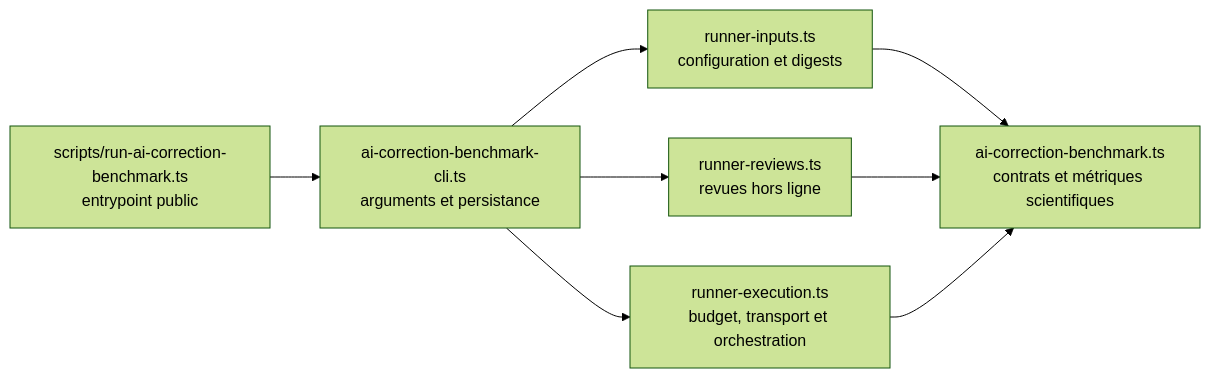
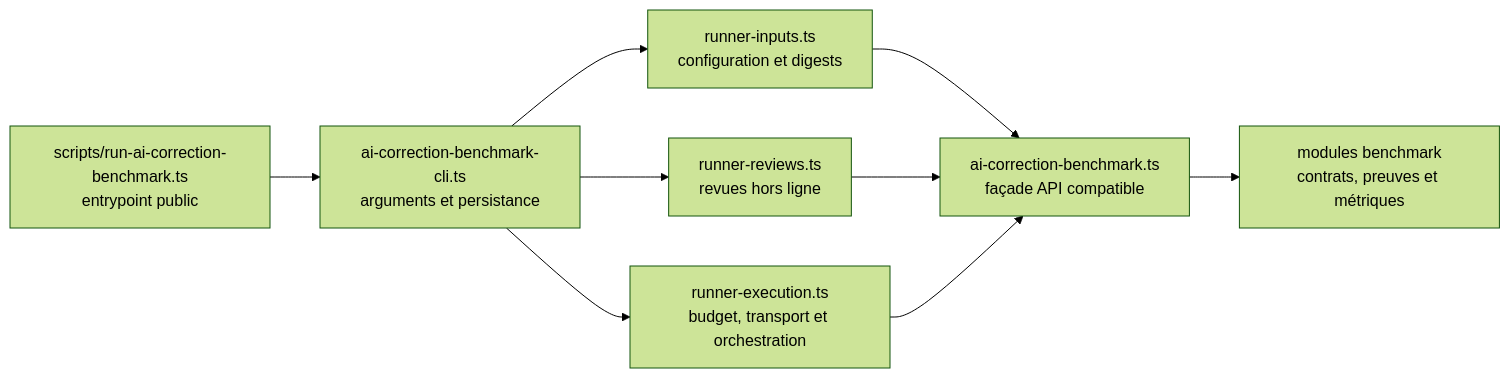
Before and after one commit to Guts6667/learnx: the diagram in docs/V4_1_404_BENCHMARK_RUNNER_SPLIT.md, drawn with Mermaid (forest theme). The commit also changed other lines of this file, not shown here.

Commit message:
docs(ai): close benchmark runner split evidence

````diff
--- a/docs/V4_1_404_BENCHMARK_RUNNER_SPLIT.md
+++ b/docs/V4_1_404_BENCHMARK_RUNNER_SPLIT.md
@@ -13,17 +14,19 @@
 ```mermaid
 flowchart LR
   Commande["scripts/run-ai-correction-benchmark.ts\nentrypoint public"]
   CLI["ai-correction-benchmark-cli.ts\narguments et persistance"]
   Inputs["runner-inputs.ts\nconfiguration et digests"]
   Reviews["runner-reviews.ts\nrevues hors ligne"]
   Execution["runner-execution.ts\nbudget, transport et orchestration"]
-  Core["ai-correction-benchmark.ts\ncontrats et métriques scientifiques"]
+  Facade["ai-correction-benchmark.ts\nfaçade API compatible"]
+  Core["modules benchmark\ncontrats, preuves et métriques"]
 
   Commande --> CLI
   CLI --> Inputs
   CLI --> Reviews
   CLI --> Execution
-  Inputs --> Core
-  Reviews --> Core
-  Execution --> Core
+  Inputs --> Facade
+  Reviews --> Facade
+  Execution --> Facade
+  Facade --> Core
 ```
````
